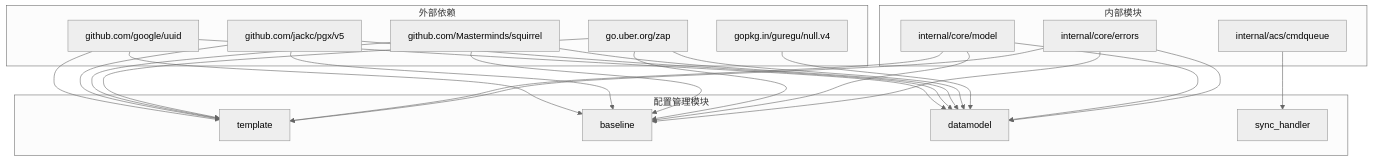
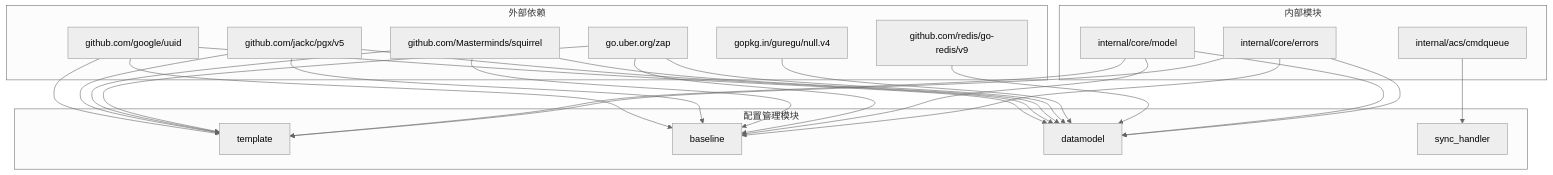
One commit to bixinhaner/xomc changed diagram 11 of 11 in .qoder/repowiki/zh/content/核心模块/配置管理模块/配置管理模块.md. Above: the diagram before and after it, drawn with Mermaid (neutral theme). The commit also changed other lines of this file and 6 other files, not shown here.

````diff
--- a/.qoder/repowiki/zh/content/核心模块/配置管理模块/配置管理模块.md
+++ b/.qoder/repowiki/zh/content/核心模块/配置管理模块/配置管理模块.md
@@ -397,41 +477,43 @@
 ```mermaid
 graph TB
 subgraph "外部依赖"
 A[github.com/google/uuid]
 B[github.com/jackc/pgx/v5]
 C[github.com/Masterminds/squirrel]
 D[go.uber.org/zap]
 E[gopkg.in/guregu/null.v4]
+F[github.com/redis/go-redis/v9]
 end
 subgraph "内部模块"
-F[internal/core/model]
-G[internal/core/errors]
-H[internal/acs/cmdqueue]
+G[internal/core/model]
+H[internal/core/errors]
+I[internal/acs/cmdqueue]
 end
 subgraph "配置管理模块"
-I[template]
-J[baseline]
-K[datamodel]
-L[sync_handler]
+J[template]
+K[baseline]
+L[datamodel]
+M[sync_handler]
 end
-A --> I
 A --> J
 A --> K
-B --> I
+A --> L
 B --> J
 B --> K
-C --> I
+B --> L
 C --> J
 C --> K
-D --> I
+C --> L
 D --> J
 D --> K
-E --> K
-F --> I
-F --> J
-F --> K
-G --> I
+D --> L
+E --> L
+F --> L
 G --> J
 G --> K
+G --> L
+H --> J
+H --> K
 H --> L
+I --> M
 ```
````
